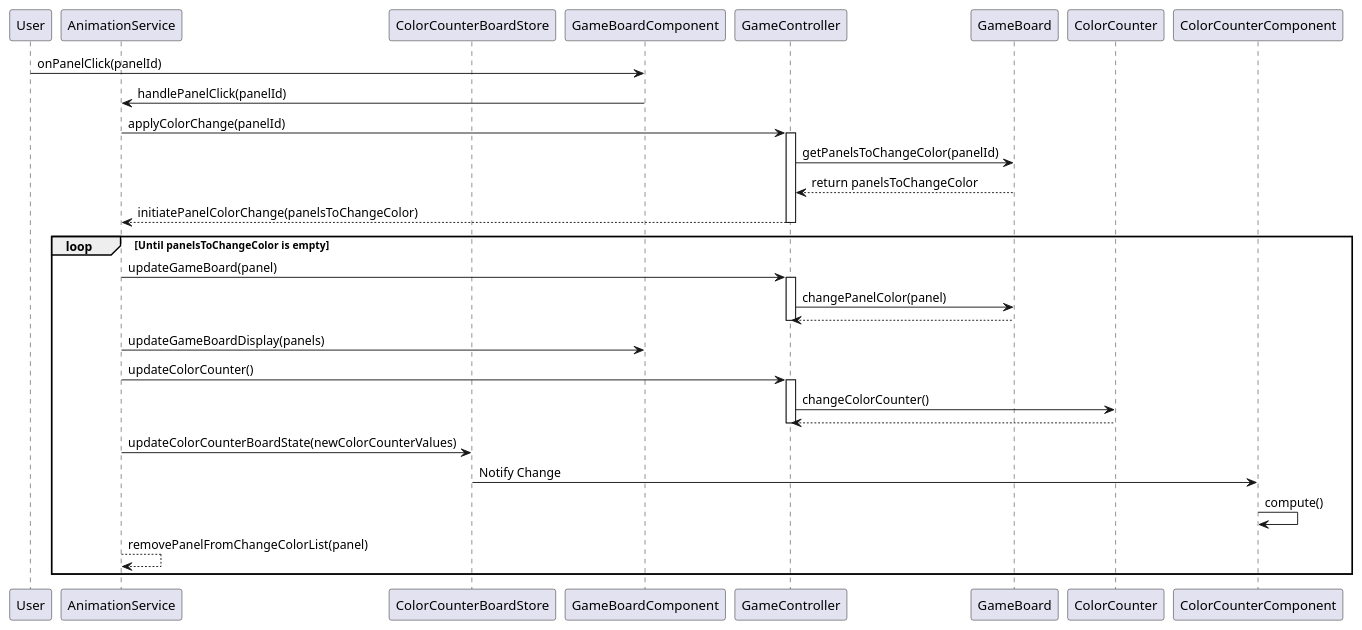
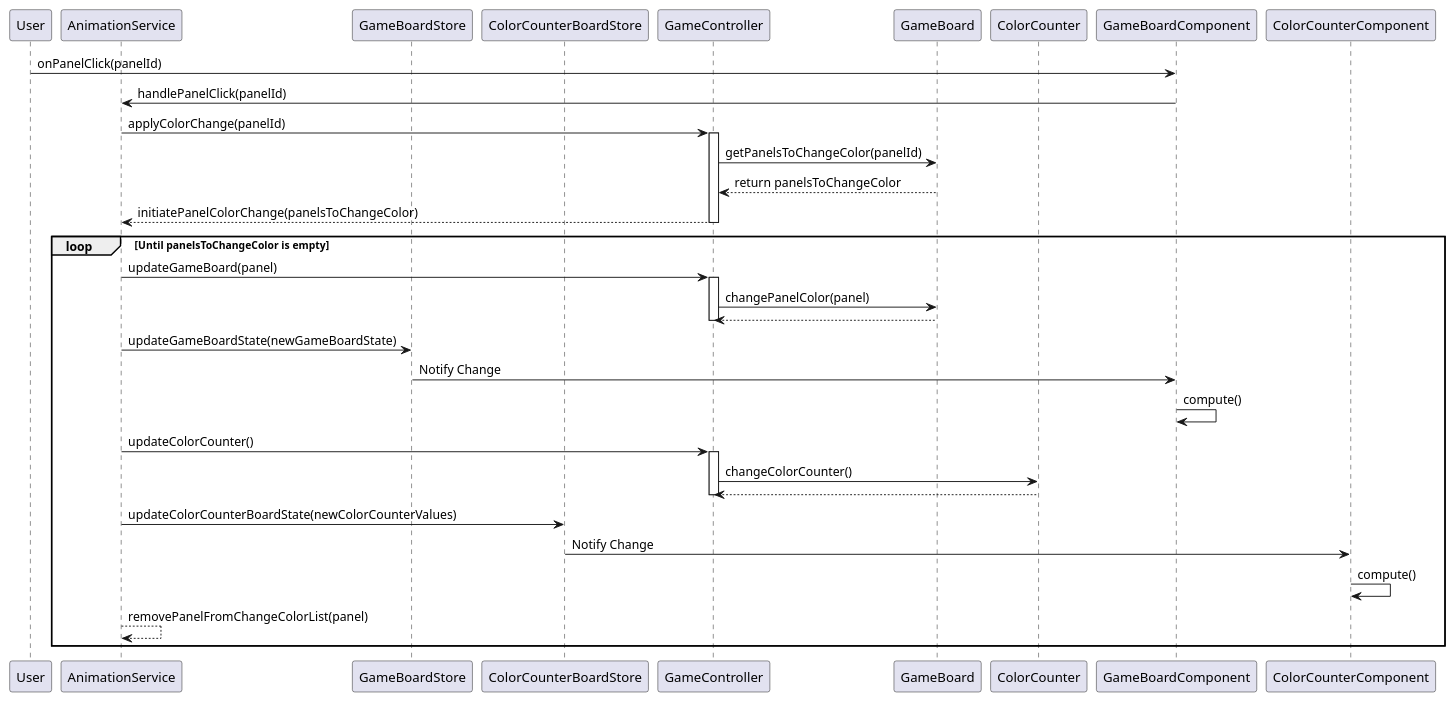
The diagram in docs/GamePlayInteractionFlow.puml (AkamatsuYuu1987/TS-Attack25), drawn with PlantUML before and after one commit. The commit also changed 2 other files, not shown here.

Commit message:
GameBoardの状態管理を行うVuexとそのテストを実装

```diff
--- a/docs/GamePlayInteractionFlow.puml
+++ b/docs/GamePlayInteractionFlow.puml
@@ -1,36 +1,41 @@
 @startuml
 participant User
 participant AnimationService
+participant GameBoardStore
 participant ColorCounterBoardStore
 participant GameBoardComponent
 participant GameController
 participant GameBoard
 participant ColorCounter
+participant GameBoardComponent
 participant ColorCounterComponent
+
 
 User -> GameBoardComponent : onPanelClick(panelId)
 GameBoardComponent -> AnimationService: handlePanelClick(panelId)
 AnimationService->GameController: applyColorChange(panelId) 
 activate GameController
 GameController -> GameBoard : getPanelsToChangeColor(panelId)
 GameBoard --> GameController : return panelsToChangeColor
 GameController --> AnimationService : initiatePanelColorChange(panelsToChangeColor)
 deactivate GameController
 loop Until panelsToChangeColor is empty
     AnimationService -> GameController : updateGameBoard(panel)
     activate GameController
     GameController -> GameBoard : changePanelColor(panel)
     GameBoard --> GameController
     deactivate GameController
-    AnimationService -> GameBoardComponent : updateGameBoardDisplay(panels)
+    AnimationService -> GameBoardStore : updateGameBoardState(newGameBoardState)
+    GameBoardStore -> GameBoardComponent: Notify Change
+    GameBoardComponent -> GameBoardComponent: compute()
     AnimationService -> GameController : updateColorCounter()
     activate GameController
     GameController -> ColorCounter : changeColorCounter()
     ColorCounter --> GameController
     deactivate GameController
     AnimationService-> ColorCounterBoardStore : updateColorCounterBoardState(newColorCounterValues)
     ColorCounterBoardStore -> ColorCounterComponent: Notify Change
     ColorCounterComponent -> ColorCounterComponent: compute()
     AnimationService--> AnimationService: removePanelFromChangeColorList(panel)
 end
 @enduml
```
